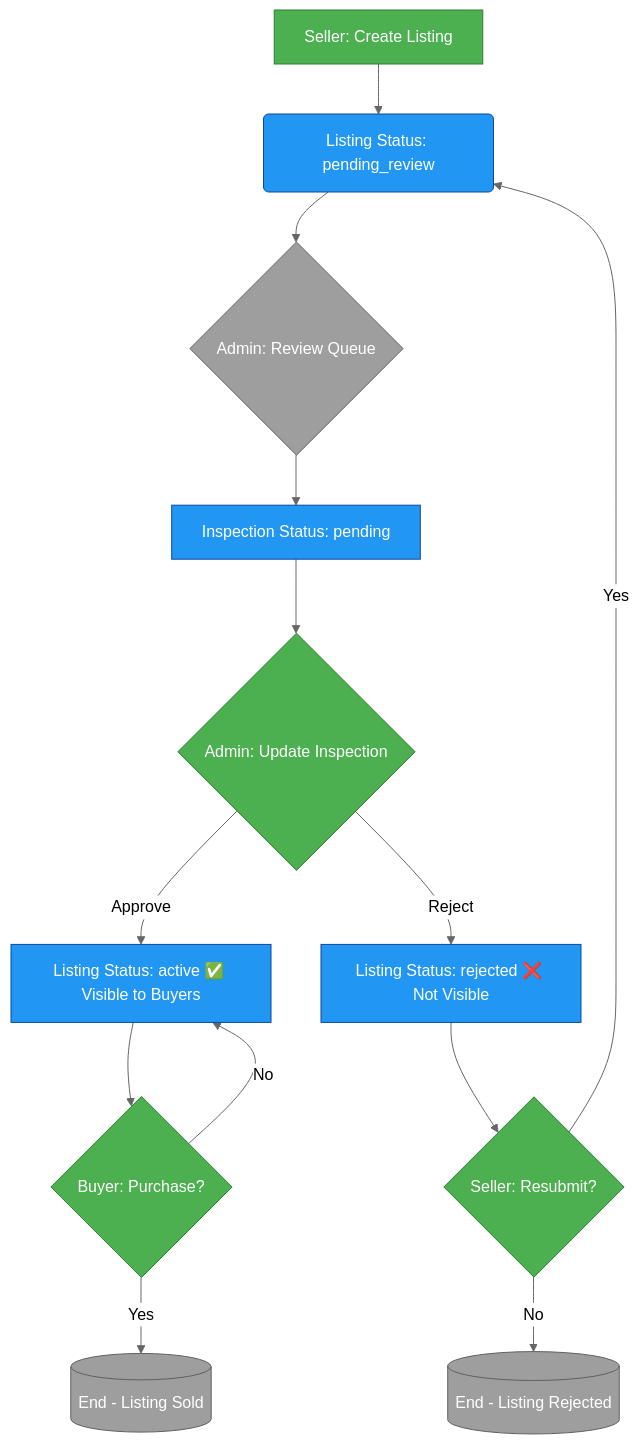
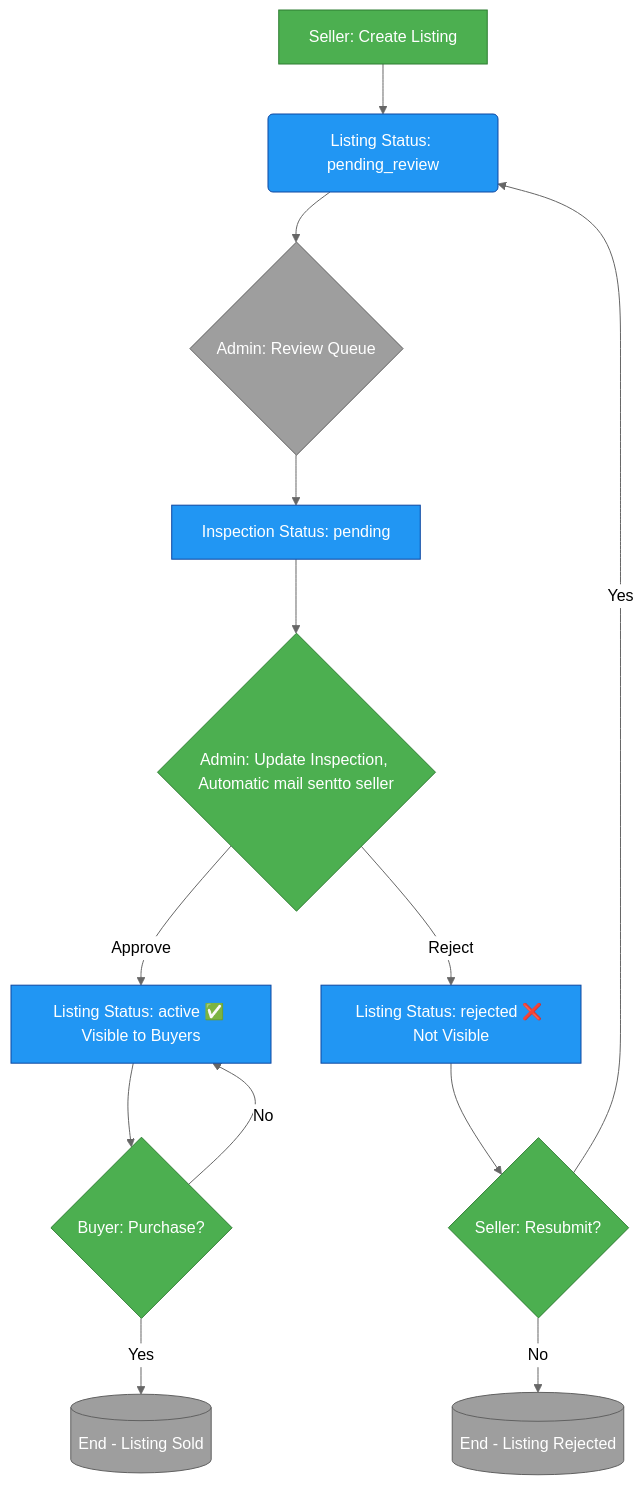
The first of 3 diagrams in README.md (Zekeriyyah/lujay-autocity), drawn with Mermaid (neutral theme) before and after one commit.

````diff
--- a/README.md
+++ b/README.md
@@ -15,27 +15,27 @@
 ```mermaid
 flowchart TD
     A[Seller: Create Listing] --> B(Listing Status: pending_review)
     B --> C{Admin: Review Queue}
     C --> D[Inspection Status: pending]
-    D --> E{Admin: Update Inspection}
+    D --> E{Admin: Update Inspection, Automatic mail sentto seller}
     E -->|Approve| F[Listing Status: active ✅ Visible to Buyers]
     E -->|Reject| G[Listing Status: rejected ❌ Not Visible]
     G --> H{Seller: Resubmit?}
     H -->|Yes| B
     H -->|No| I[(End - Listing Rejected)]
     F --> J{Buyer: Purchase?}
     J -->|Yes| K[(End - Listing Sold)]
     J -->|No| F
 
     %% Define styles
     classDef action fill:#4CAF50,stroke:#2E7D32,color:white
     classDef status fill:#2196F3,stroke:#0D47A1,color:white
     classDef decision fill:#FF9800,stroke:#E65100,color:black
     classDef endNode fill:#9E9E9E,stroke:#616161,color:white
 
     %% Apply styles to nodes
     class A,E,H,J action
     class B,D,F,G status
     class C,I,K endNode
 
 ```
````
